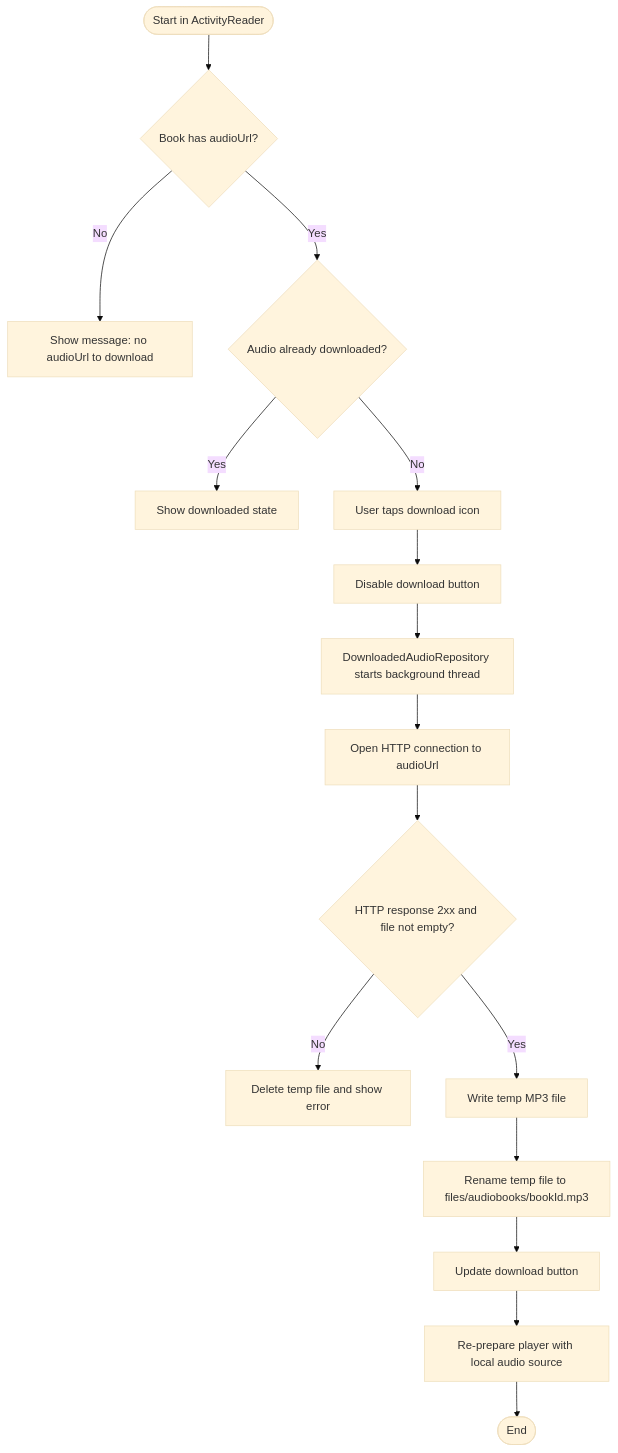
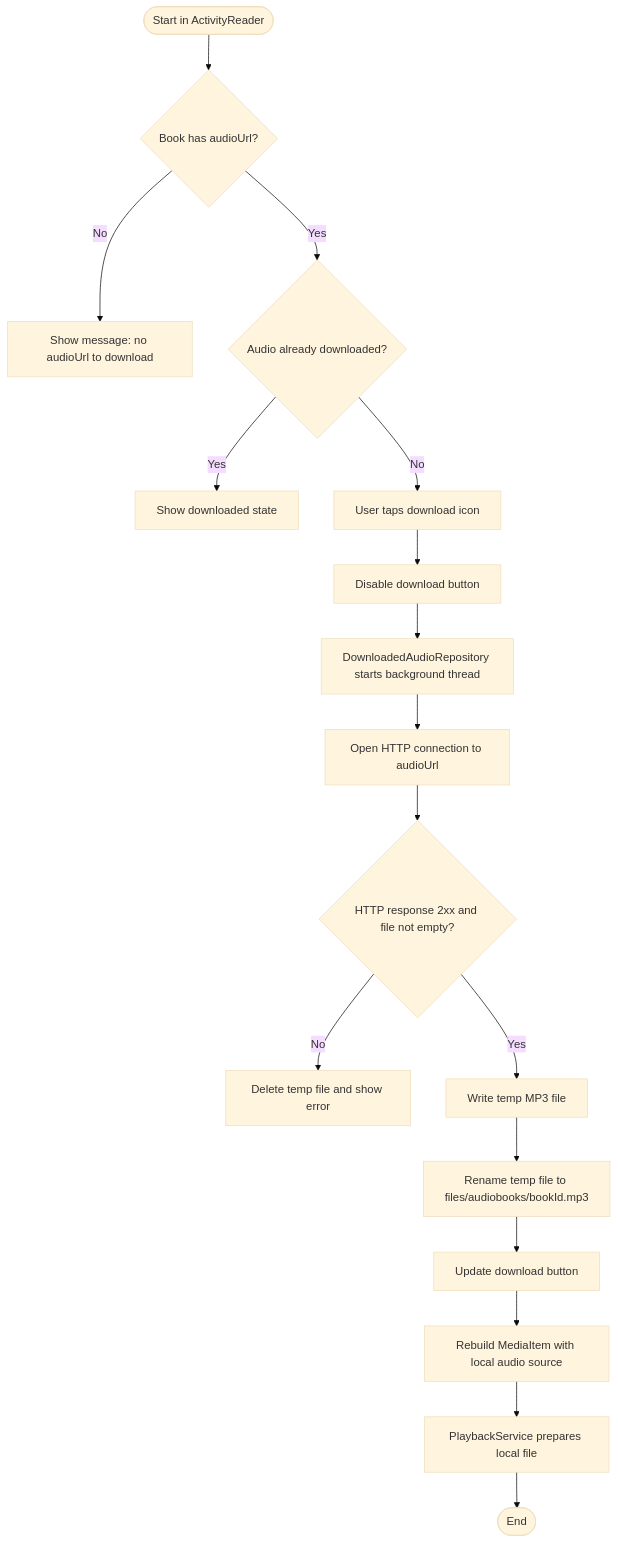
The fourth of 8 diagrams in README.md (LeeVuKhang/Fonos_Group13), drawn with Mermaid (base theme) before and after one commit. The commit also changed other lines of this file, not shown here.

Commit message:
Update docs for playback service

````diff
--- a/README.md
+++ b/README.md
@@ -366,18 +384,19 @@
 ```mermaid
 flowchart TD
     A([Start in ActivityReader]) --> B{Book has audioUrl?}
     B -- No --> C[Show message: no audioUrl to download]
     B -- Yes --> D{Audio already downloaded?}
     D -- Yes --> E[Show downloaded state]
     D -- No --> F[User taps download icon]
     F --> G[Disable download button]
     G --> H[DownloadedAudioRepository starts background thread]
     H --> I[Open HTTP connection to audioUrl]
     I --> J{HTTP response 2xx and file not empty?}
     J -- No --> K[Delete temp file and show error]
     J -- Yes --> L[Write temp MP3 file]
     L --> M[Rename temp file to files/audiobooks/bookId.mp3]
     M --> N[Update download button]
-    N --> O[Re-prepare player with local audio source]
-    O --> P([End])
+    N --> O[Rebuild MediaItem with local audio source]
+    O --> P[PlaybackService prepares local file]
+    P --> Q([End])
 ```
````
